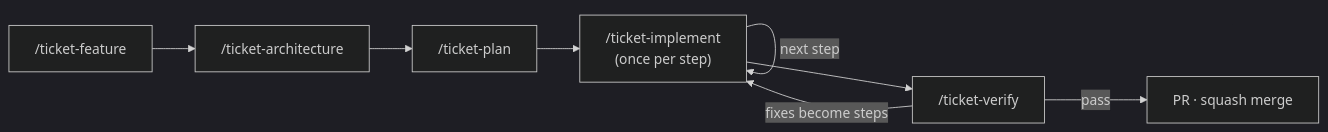
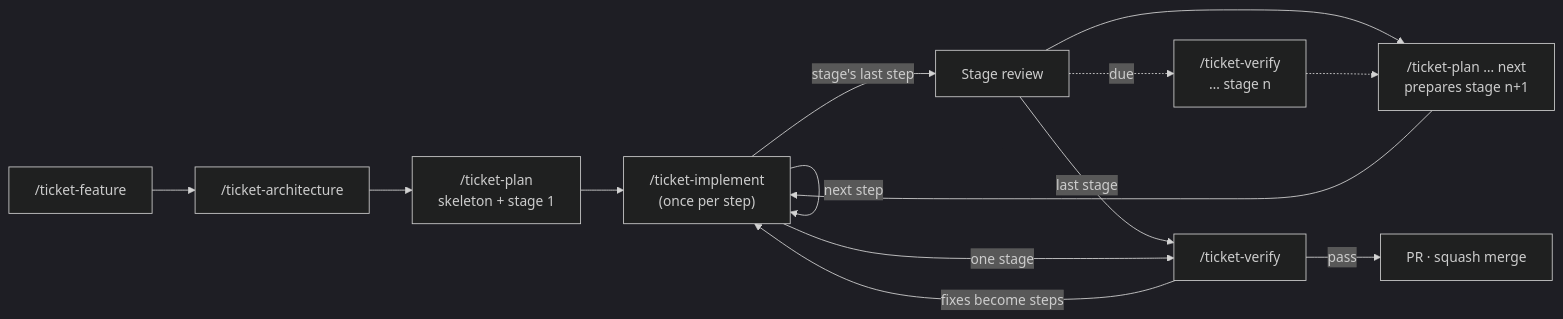
The first of 3 diagrams in docs/knowledge/sdd.md (khotei/app-template), drawn with Mermaid (dark theme) before and after one commit. The commit also changed other lines of this file and 1 other file, not shown here.

````diff
--- a/docs/knowledge/sdd.md
+++ b/docs/knowledge/sdd.md
@@ -7,9 +7,15 @@
 ```mermaid
 graph LR
-  F["/ticket-feature"] --> A["/ticket-architecture"] --> P["/ticket-plan"]
+  F["/ticket-feature"] --> A["/ticket-architecture"] --> P["/ticket-plan<br/>skeleton + stage 1"]
   P --> I["/ticket-implement<br/>(once per step)"]
   I -->|next step| I
-  I --> V["/ticket-verify"]
+  I -->|stage's last step| R[Stage review]
+  R -.->|due| SV["/ticket-verify<br/>… stage n"]
+  R --> N["/ticket-plan … next<br/>prepares stage n+1"]
+  SV -.-> N
+  N --> I
+  R -->|last stage| V["/ticket-verify"]
+  I -->|one stage| V
   V -->|fixes become steps| I
   V -->|pass| PR[PR · squash merge]
 ```
````
